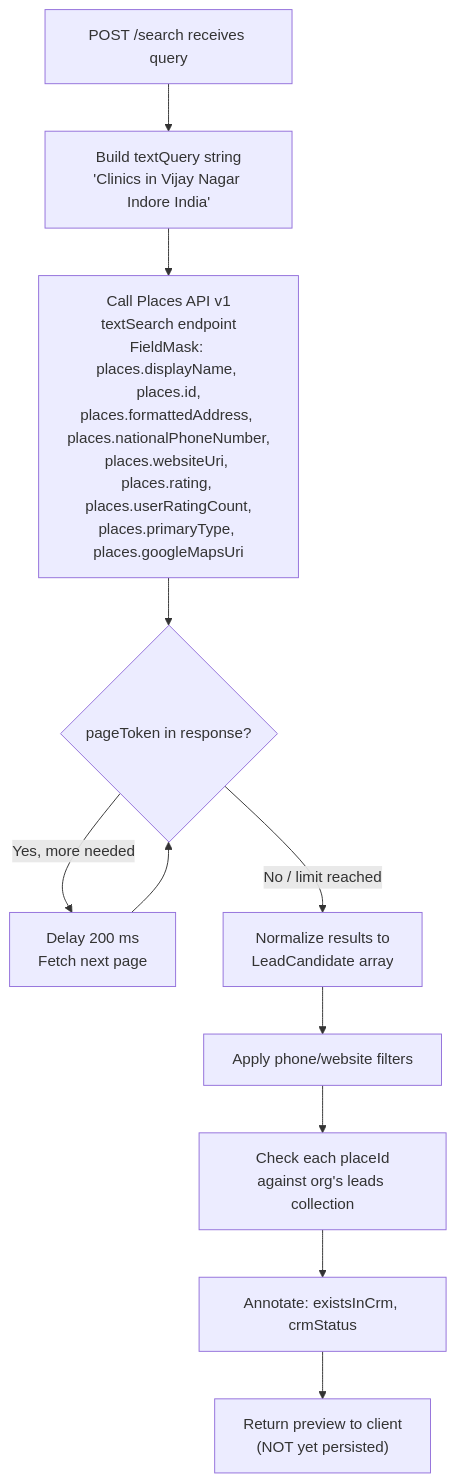
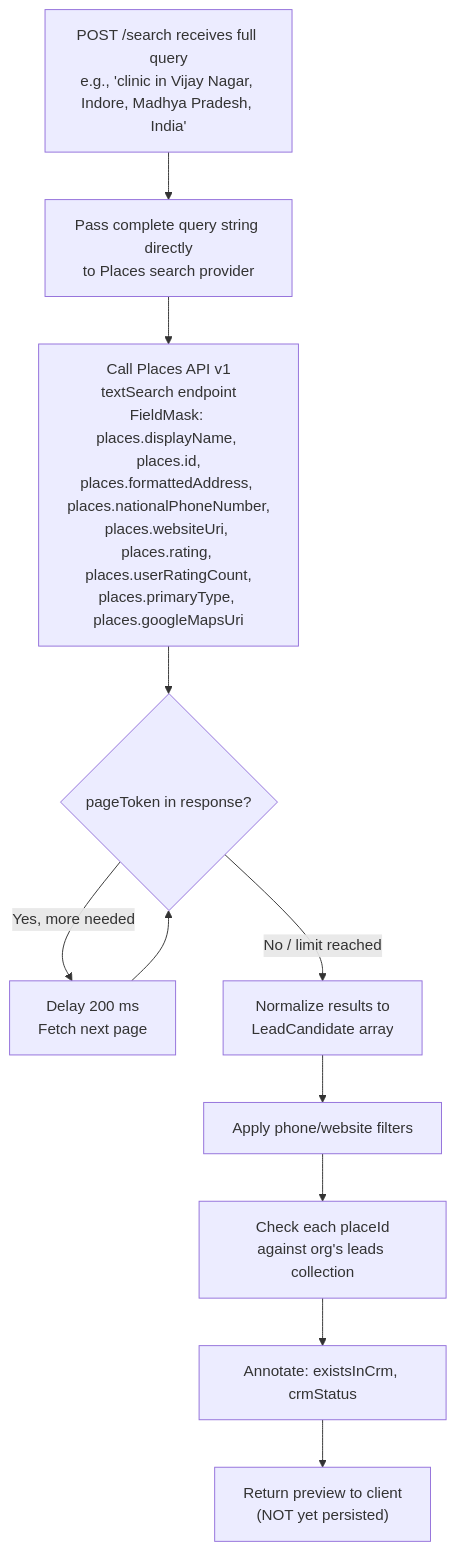
The fourth of 5 diagrams in crm-blueprint.md (ayush1910-maker/sales-crm), drawn with Mermaid before and after one commit. The commit also changed other lines of this file and 38 other files, not shown here.

````diff
--- a/crm-blueprint.md
+++ b/crm-blueprint.md
@@ -700,13 +691,13 @@
 ```mermaid
 flowchart TD
-    A["POST /search receives query"] --> B["Build textQuery string\n'Clinics in Vijay Nagar Indore India'"]
+    A["POST /search receives full query\ne.g., 'clinic in Vijay Nagar, Indore, Madhya Pradesh, India'"] --> B["Pass complete query string directly\nto Places search provider"]
     B --> C["Call Places API v1\ntextSearch endpoint\nFieldMask: places.displayName, places.id,\nplaces.formattedAddress, places.nationalPhoneNumber,\nplaces.websiteUri, places.rating, places.userRatingCount,\nplaces.primaryType, places.googleMapsUri"]
     C --> D{"pageToken in response?"}
     D -->|Yes, more needed| E["Delay 200 ms\nFetch next page"]
     E --> D
     D -->|No / limit reached| F["Normalize results to\nLeadCandidate array"]
     F --> G["Apply phone/website filters"]
     G --> H["Check each placeId\nagainst org's leads collection"]
     H --> I["Annotate: existsInCrm, crmStatus"]
     I --> J["Return preview to client\n(NOT yet persisted)"]
 ```
````
